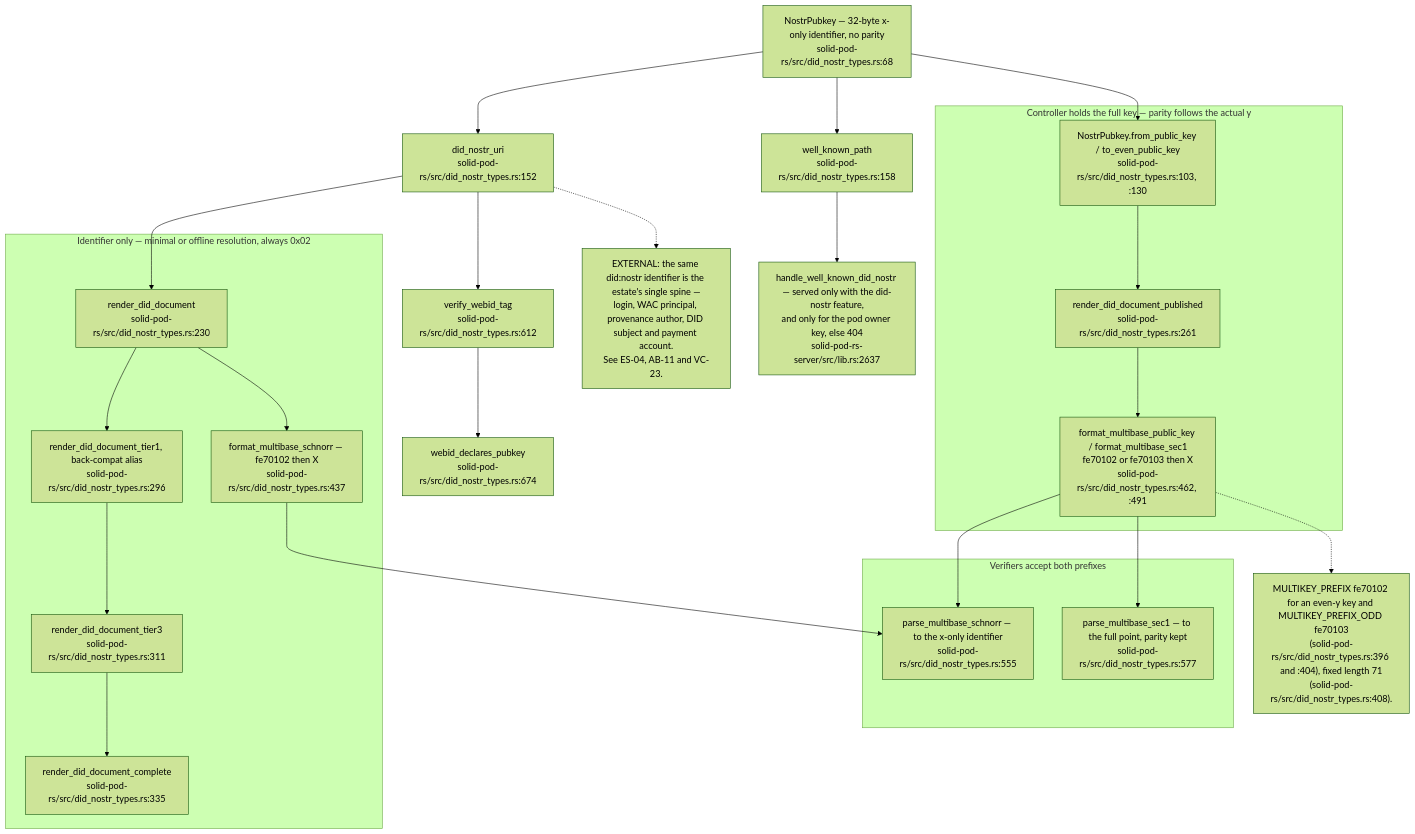
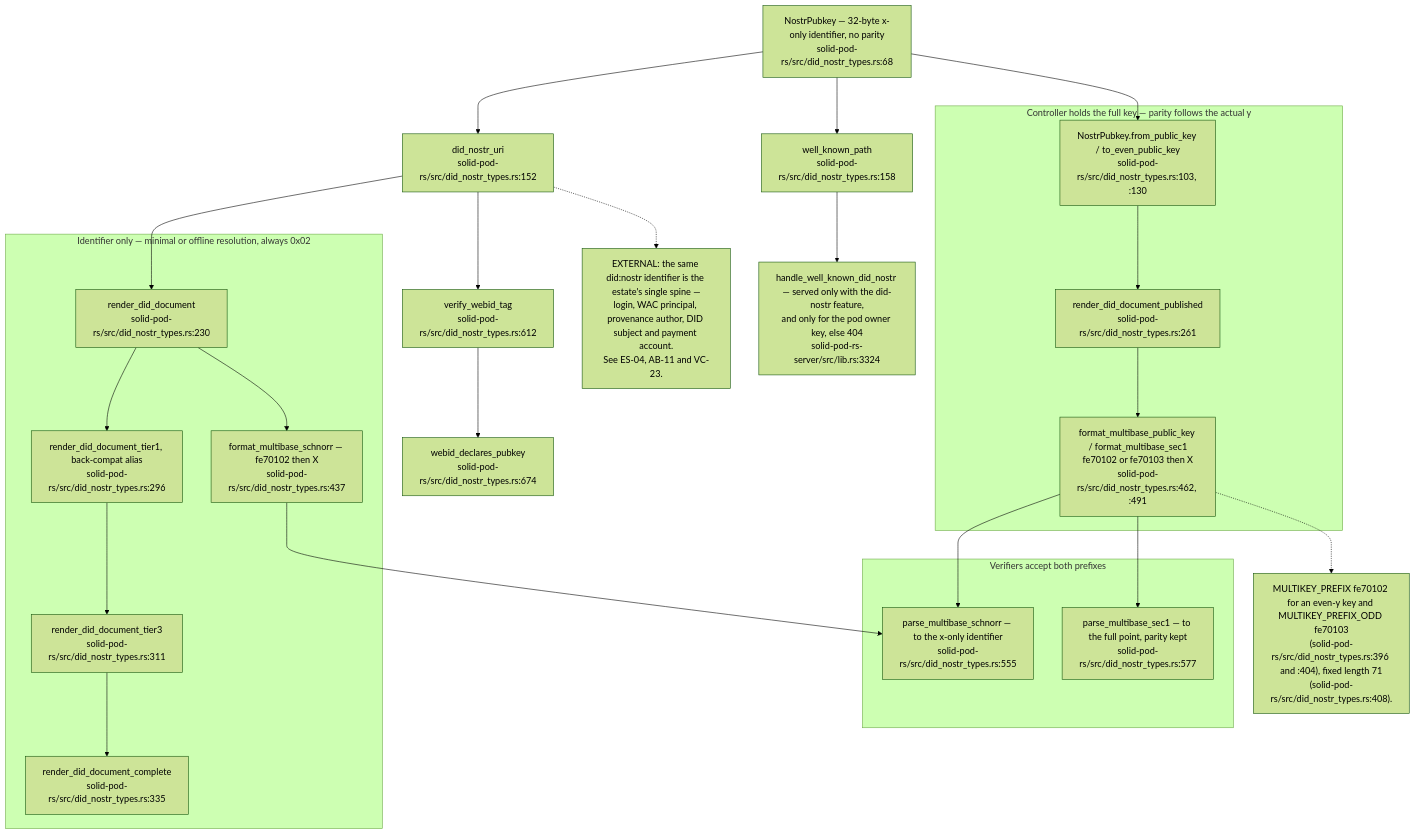
The ninth of 18 diagrams in docs/diagrams/solid-pod-rs/05-identity-nip98-did-oidc.md (DreamLab-AI/VisionFlow), drawn with Mermaid (forest theme) before and after one commit. The commit also changed other lines of this file and 2 other files, not shown here.

First line of the commit message:
docs(diagrams): SP-05, SP-11, SP-12 re-verified at solid-pod-rs a28a748

````diff
--- a/docs/diagrams/solid-pod-rs/05-identity-nip98-did-oidc.md
+++ b/docs/diagrams/solid-pod-rs/05-identity-nip98-did-oidc.md
@@ -265,42 +281,42 @@
 ```mermaid
 flowchart TD
     PK["NostrPubkey — 32-byte x-only identifier, no parity<br/>solid-pod-rs/src/did_nostr_types.rs:68"]
     URI["did_nostr_uri<br/>solid-pod-rs/src/did_nostr_types.rs:152"]
     WKP["well_known_path<br/>solid-pod-rs/src/did_nostr_types.rs:158"]
-    RT["handle_well_known_did_nostr — served only with the did-nostr feature,<br/>and only for the pod owner key, else 404<br/>solid-pod-rs-server/src/lib.rs:2637"]
+    RT["handle_well_known_did_nostr — served only with the did-nostr feature,<br/>and only for the pod owner key, else 404<br/>solid-pod-rs-server/src/lib.rs:3324"]
     VT["verify_webid_tag<br/>solid-pod-rs/src/did_nostr_types.rs:612"]
     WD["webid_declares_pubkey<br/>solid-pod-rs/src/did_nostr_types.rs:674"]
 
     subgraph IDONLY["Identifier only — minimal or offline resolution, always 0x02"]
         RD["render_did_document<br/>solid-pod-rs/src/did_nostr_types.rs:230"]
         T1["render_did_document_tier1, back-compat alias<br/>solid-pod-rs/src/did_nostr_types.rs:296"]
         T3["render_did_document_tier3<br/>solid-pod-rs/src/did_nostr_types.rs:311"]
         TC["render_did_document_complete<br/>solid-pod-rs/src/did_nostr_types.rs:335"]
         MB["format_multibase_schnorr — fe70102 then X<br/>solid-pod-rs/src/did_nostr_types.rs:437"]
     end
 
     subgraph FULL["Controller holds the full key — parity follows the actual y"]
         FPK["NostrPubkey.from_public_key / to_even_public_key<br/>solid-pod-rs/src/did_nostr_types.rs:103, :130"]
         RDP["render_did_document_published<br/>solid-pod-rs/src/did_nostr_types.rs:261"]
         MBF["format_multibase_public_key / format_multibase_sec1<br/>fe70102 or fe70103 then X<br/>solid-pod-rs/src/did_nostr_types.rs:462, :491"]
     end
 
     subgraph DECODE["Verifiers accept both prefixes"]
         PS["parse_multibase_schnorr — to the x-only identifier<br/>solid-pod-rs/src/did_nostr_types.rs:555"]
         PSEC["parse_multibase_sec1 — to the full point, parity kept<br/>solid-pod-rs/src/did_nostr_types.rs:577"]
     end
 
     PK --> URI --> RD --> T1 --> T3 --> TC
     RD --> MB
     PK --> WKP --> RT
     URI --> VT --> WD
     PK --> FPK --> RDP --> MBF
     MB --> PS
     MBF --> PS
     MBF --> PSEC
 
     N["MULTIKEY_PREFIX fe70102 for an even-y key and MULTIKEY_PREFIX_ODD fe70103<br/>(solid-pod-rs/src/did_nostr_types.rs:396 and :404), fixed length 71<br/>(solid-pod-rs/src/did_nostr_types.rs:408)."]
     MBF -.-> N
     N2["EXTERNAL: the same did:nostr identifier is the estate's single spine —<br/>login, WAC principal, provenance author, DID subject and payment account.<br/>See ES-04, AB-11 and VC-23."]
     URI -.-> N2
 ```
````
